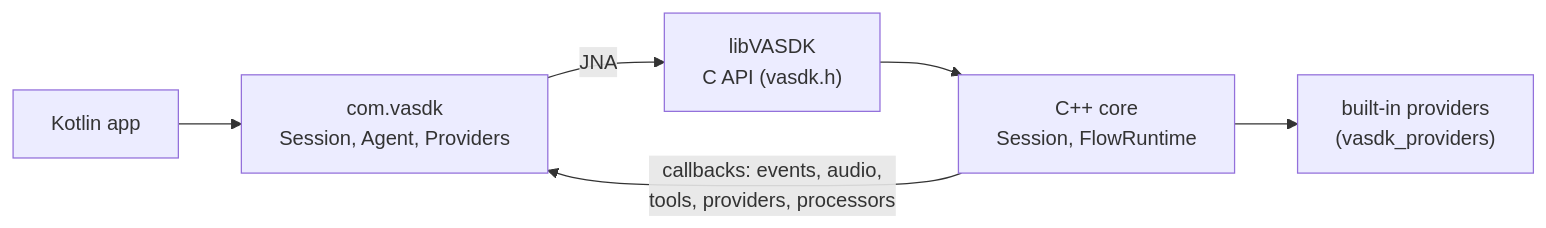
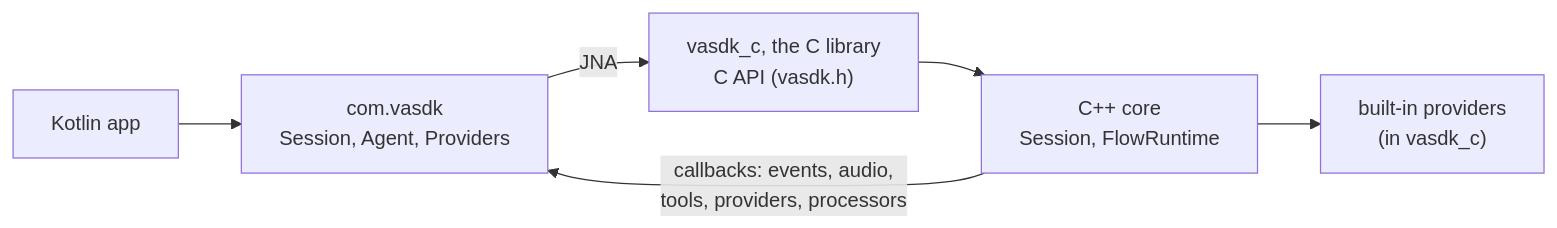
The diagram in docs/reference/kotlin.md (fatehmtd/VASDK), drawn with Mermaid before and after one commit. The commit also changed other lines of this file and 245 other files, not shown here.

````diff
--- a/docs/reference/kotlin.md
+++ b/docs/reference/kotlin.md
@@ -7,8 +7,8 @@
 ```mermaid
 flowchart LR
     App["Kotlin app"] --> Binding["com.vasdk<br/>Session, Agent, Providers"]
-    Binding -- "JNA" --> CApi["libVASDK<br/>C API (vasdk.h)"]
+    Binding -- "JNA" --> CApi["vasdk_c, the C library<br/>C API (vasdk.h)"]
     CApi --> Core["C++ core<br/>Session, FlowRuntime"]
     Core -- "callbacks: events, audio,<br/>tools, providers, processors" --> Binding
-    Core --> Catalog["built-in providers<br/>(vasdk_providers)"]
+    Core --> Catalog["built-in providers<br/>(in vasdk_c)"]
 ```
````
